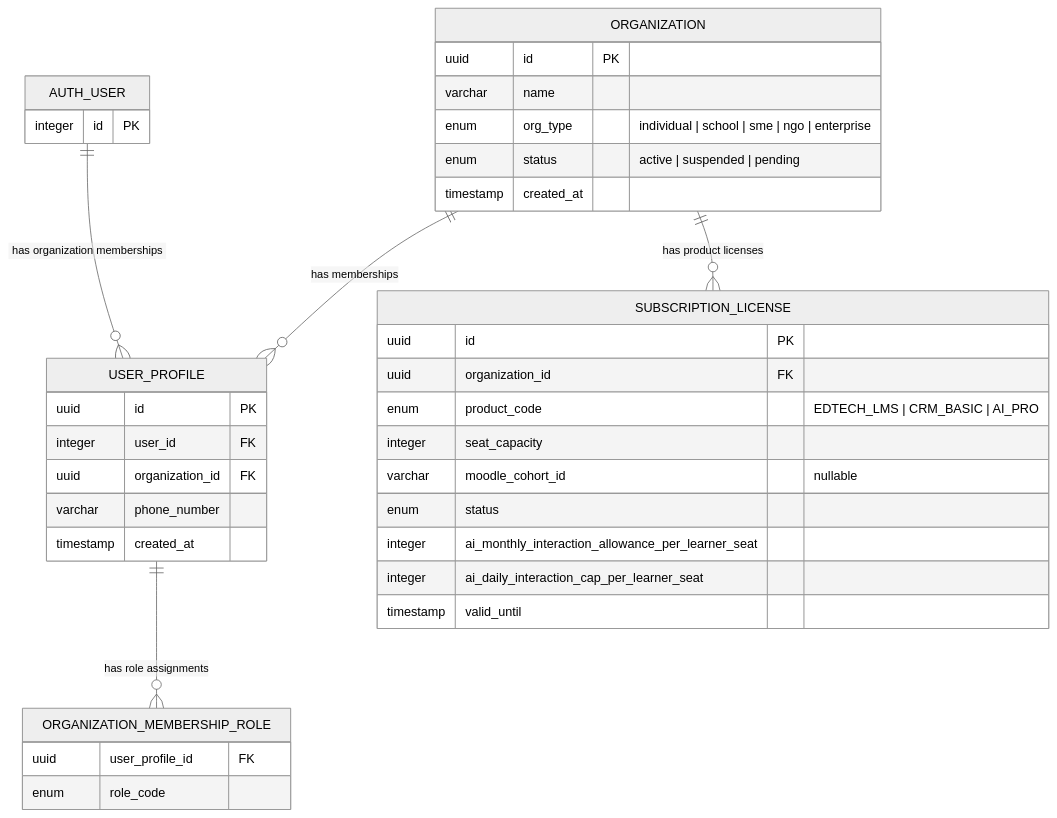
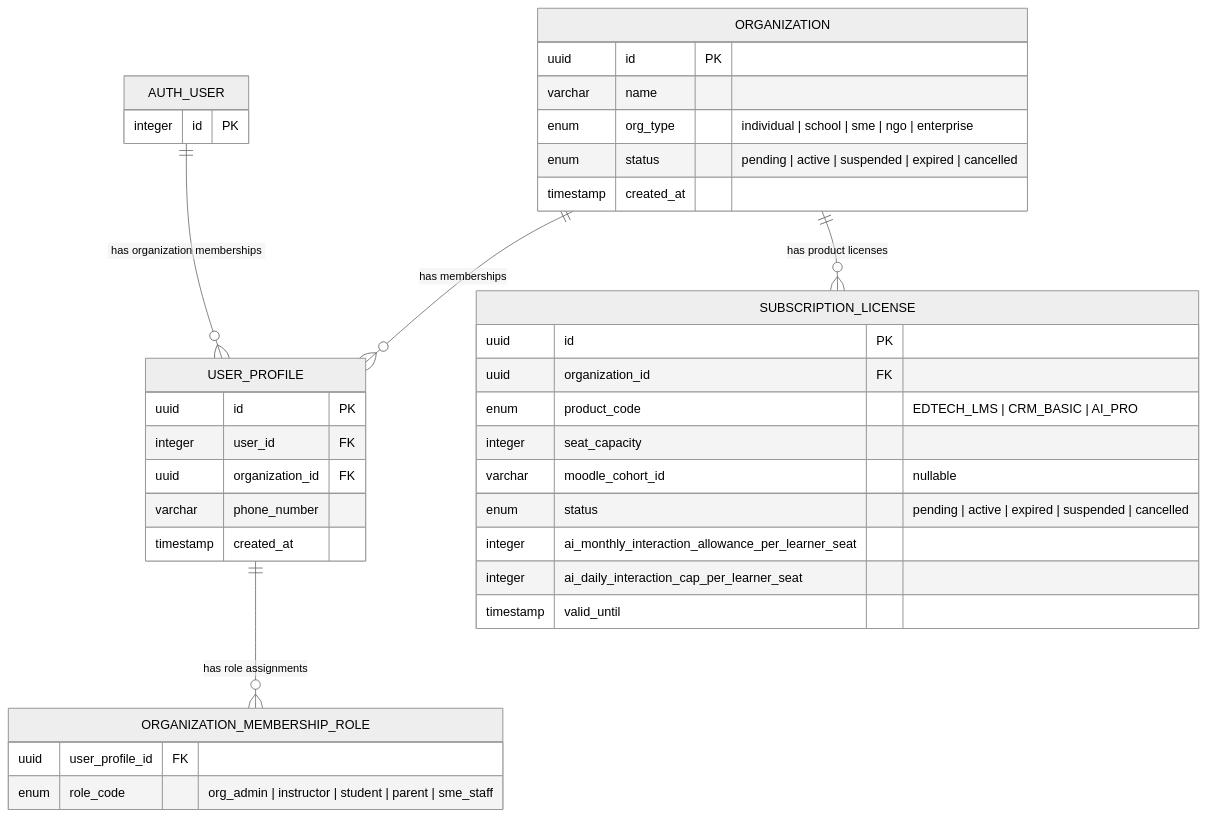
One commit to inovatx-lab/core changed the fifth of 8 diagrams in inovatx_context/inovatx_uml.md. Above: the diagram before and after it, drawn with Mermaid (neutral theme). The commit also changed other lines of this file and 9 other files, not shown here.

````diff
--- a/inovatx_context/inovatx_uml.md
+++ b/inovatx_context/inovatx_uml.md
@@ -226,44 +226,44 @@
 ```mermaid
  erDiagram
     AUTH_USER ||--o{ USER_PROFILE : "has organization memberships"
     ORGANIZATION ||--o{ USER_PROFILE : "has memberships"
     USER_PROFILE ||--o{ ORGANIZATION_MEMBERSHIP_ROLE : "has role assignments"
     ORGANIZATION ||--o{ SUBSCRIPTION_LICENSE : "has product licenses"
 
     AUTH_USER {
         integer id PK
     }
 
     ORGANIZATION {
         uuid id PK
         varchar name
         enum org_type "individual | school | sme | ngo | enterprise"
-        enum status "active | suspended | pending"
+        enum status "pending | active | suspended | expired | cancelled"
         timestamp created_at
     }
 
     USER_PROFILE {
         uuid id PK
         integer user_id FK
         uuid organization_id FK
         varchar phone_number
         timestamp created_at
     }
 
     ORGANIZATION_MEMBERSHIP_ROLE {
         uuid user_profile_id FK
-        enum role_code
+        enum role_code "org_admin | instructor | student | parent | sme_staff"
     }
 
     SUBSCRIPTION_LICENSE {
         uuid id PK
         uuid organization_id FK
         enum product_code "EDTECH_LMS | CRM_BASIC | AI_PRO"
         integer seat_capacity
         varchar moodle_cohort_id "nullable"
-        enum status
+        enum status "pending | active | expired | suspended | cancelled"
         integer ai_monthly_interaction_allowance_per_learner_seat
         integer ai_daily_interaction_cap_per_learner_seat
         timestamp valid_until
     }
 ```
````
